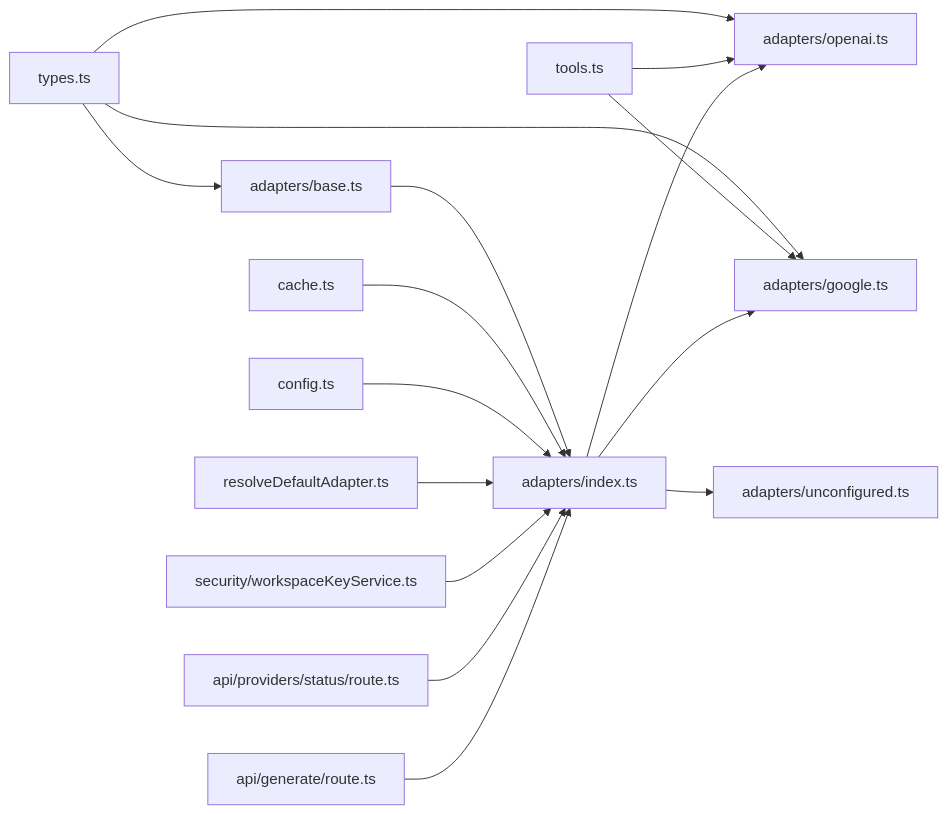
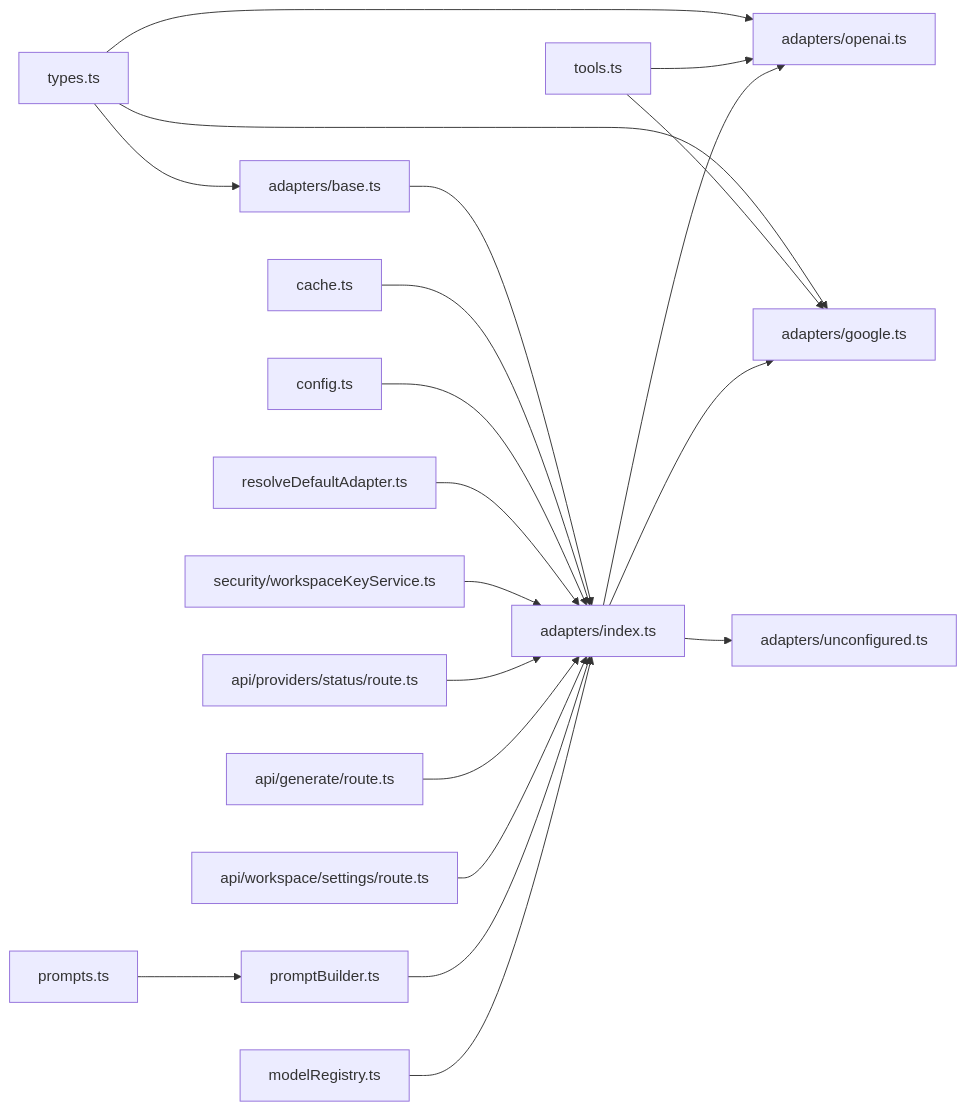
The ninth of 9 diagrams in .qoder/repowiki/en/content/Architecture & Design/Layered Architecture/Business Logic Layer/AI Provider Adapter System.md (shekhargiri005-dotcom/AI-powered-accessibility-first-UI-engine), drawn with Mermaid before and after one commit. The commit also changed other lines of this file and 24 other files, not shown here.

````diff
--- a/.qoder/repowiki/en/content/Architecture & Design/Layered Architecture/Business Logic Layer/AI Provider Adapter System.md
+++ b/.qoder/repowiki/en/content/Architecture & Design/Layered Architecture/Business Logic Layer/AI Provider Adapter System.md
@@ -446,18 +515,22 @@
 ```mermaid
 graph LR
 TYPES["types.ts"] --> BASE["adapters/base.ts"]
 TYPES --> OA["adapters/openai.ts"]
 TYPES --> GA["adapters/google.ts"]
 TOOLS["tools.ts"] --> OA
 TOOLS --> GA
 BASE --> IDX["adapters/index.ts"]
 CACHE["cache.ts"] --> IDX
 IDX --> OA
 IDX --> GA
 IDX --> UCA["adapters/unconfigured.ts"]
 CFG["config.ts"] --> IDX
 RDA["resolveDefaultAdapter.ts"] --> IDX
 WK["security/workspaceKeyService.ts"] --> IDX
 PS["api/providers/status/route.ts"] --> IDX
 GR["api/generate/route.ts"] --> IDX
+WS["api/workspace/settings/route.ts"] --> IDX
+PROMPTS["prompts.ts"] --> PB["promptBuilder.ts"]
+PB --> IDX
+MR["modelRegistry.ts"] --> IDX
 ```
````
